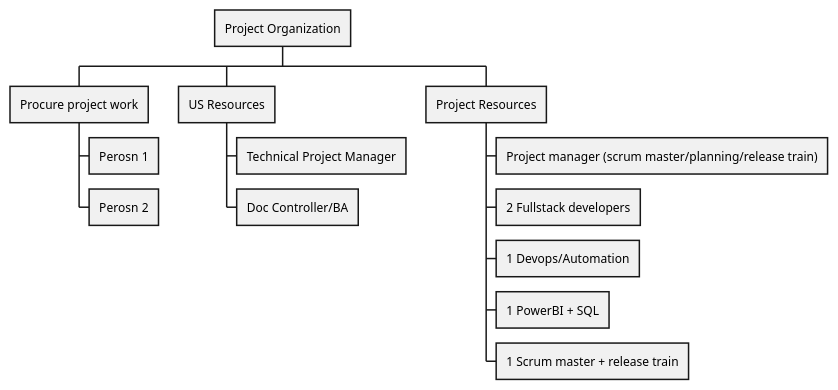
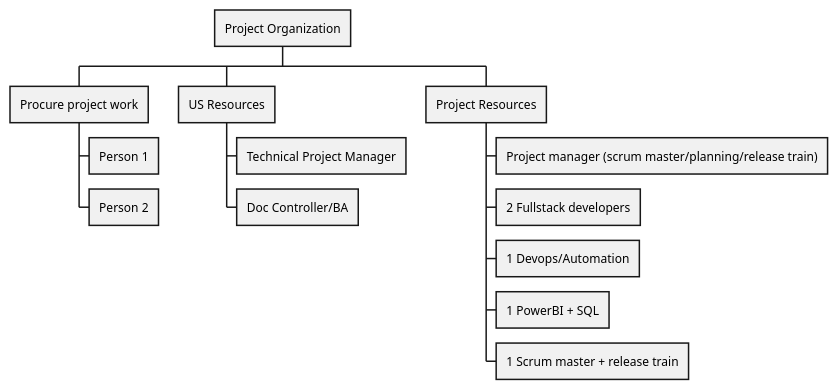
Before and after one commit to vamseeachanta/energy: the diagram in tools/puml/wbs.puml, drawn with PlantUML. The commit also changed 3 other files, not shown here.

```diff
--- a/tools/puml/wbs.puml
+++ b/tools/puml/wbs.puml
@@ -1,15 +1,15 @@
 @startwbs
 * Project Organization
 ** Procure project work
-*** Perosn 1
-*** Perosn 2
+*** Person 1
+*** Person 2
 ** US Resources
 *** Technical Project Manager
 *** Doc Controller/BA
 ** Project Resources
 *** Project manager (scrum master/planning/release train)
 *** 2 Fullstack developers
 *** 1 Devops/Automation
 *** 1 PowerBI + SQL
 *** 1 Scrum master + release train
 @endwbs
```
